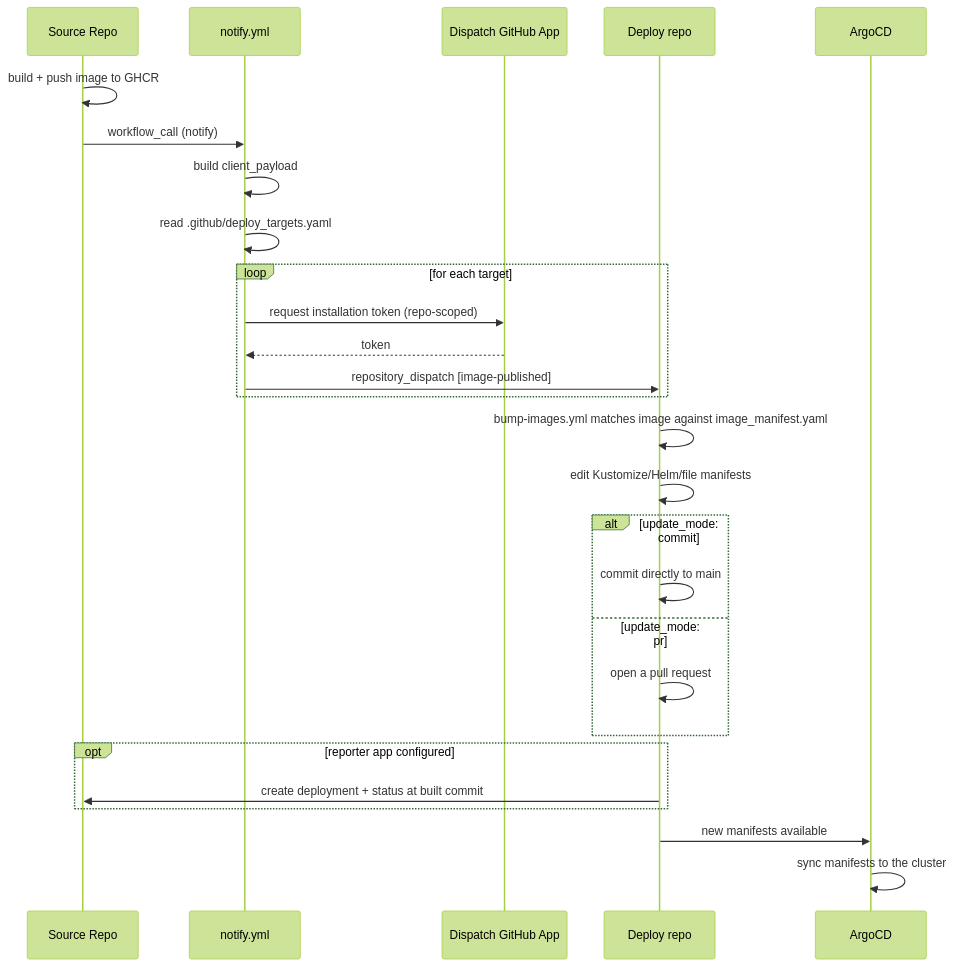
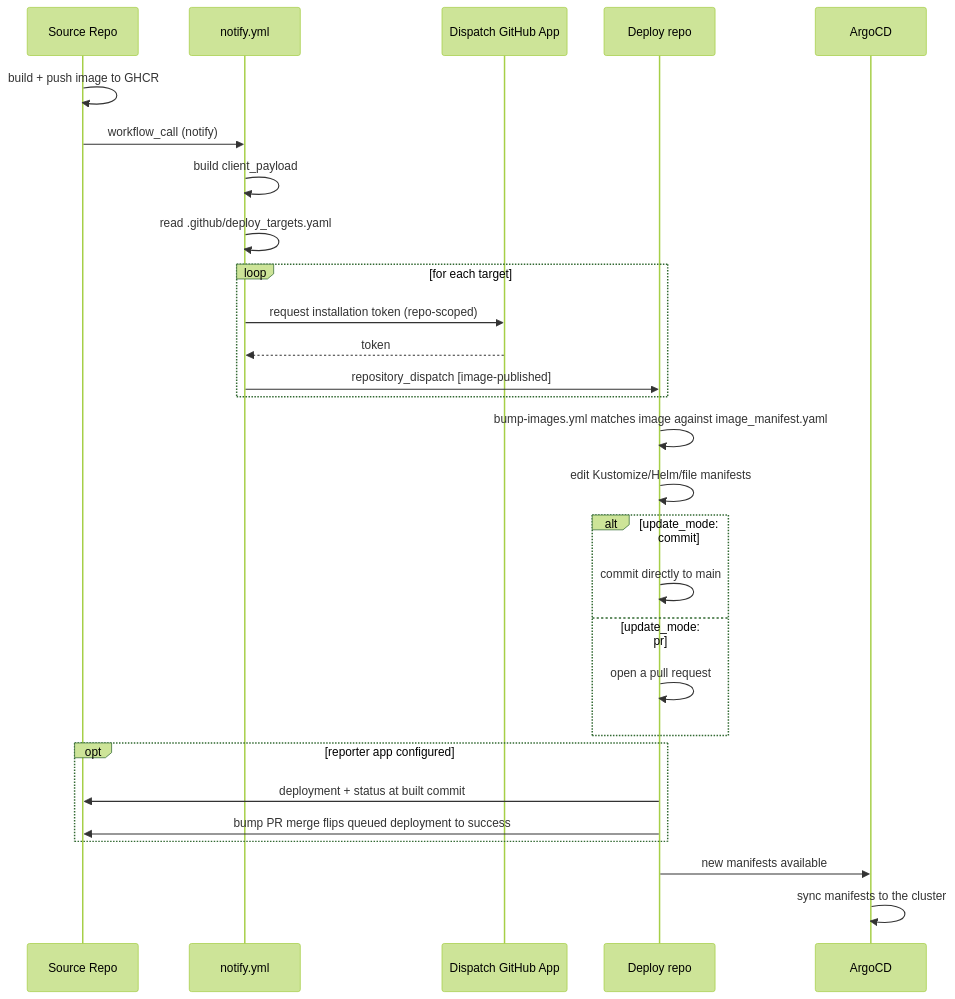
One commit to gulfofmaine/odp-releaser changed the diagram in docs/workflows.md. Above: the diagram before and after it, drawn with Mermaid (forest theme). The commit also changed other lines of this file and 17 other files, not shown here.

````diff
--- a/docs/workflows.md
+++ b/docs/workflows.md
@@ -19,30 +20,31 @@
 ```mermaid
 sequenceDiagram
     participant Source as Source Repo
     participant Notify as notify.yml
     participant App as Dispatch GitHub App
     participant Deploy as Deploy repo
     participant Argo as ArgoCD
 
     Source->>Source: build + push image to GHCR
     Source->>Notify: workflow_call (notify)
     Notify->>Notify: build client_payload
     Notify->>Notify: read .github/deploy_targets.yaml
     loop for each target
         Notify->>App: request installation token (repo-scoped)
         App-->>Notify: token
         Notify->>Deploy: repository_dispatch [image-published]
     end
     Deploy->>Deploy: bump-images.yml matches image against image_manifest.yaml
     Deploy->>Deploy: edit Kustomize/Helm/file manifests
     alt update_mode: commit
         Deploy->>Deploy: commit directly to main
     else update_mode: pr
         Deploy->>Deploy: open a pull request
     end
     opt reporter app configured
-        Deploy->>Source: create deployment + status at built commit
+        Deploy->>Source: deployment + status at built commit
+        Deploy->>Source: bump PR merge flips queued deployment to success
     end
     Deploy->>Argo: new manifests available
     Argo->>Argo: sync manifests to the cluster
 ```
````
